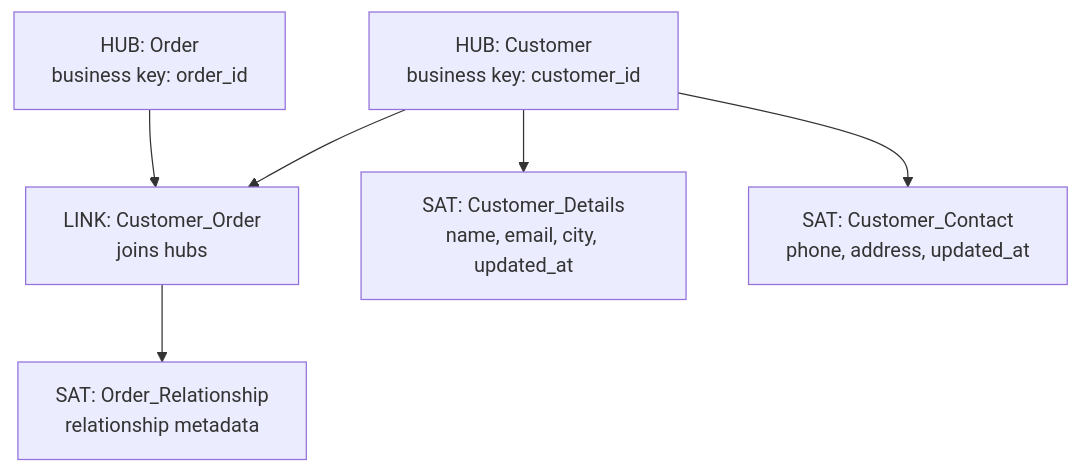
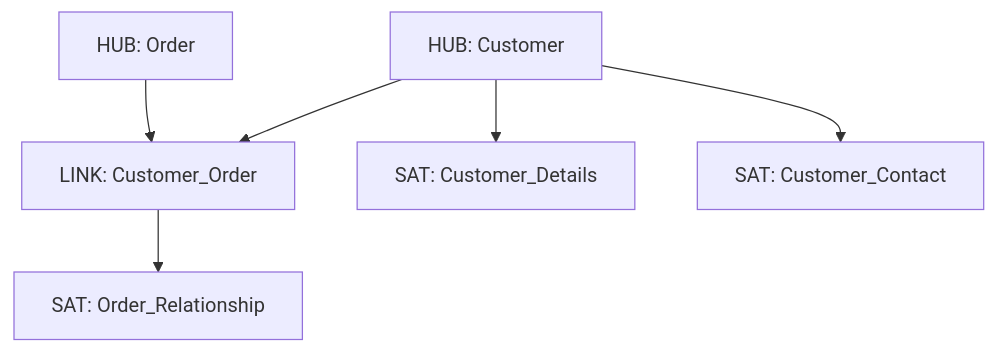
One commit to gcmishra7/data-engineering-helper changed the diagram in 01-data-modeling/04-data-vault-concepts.md. Above: the diagram before and after it, drawn with Mermaid. The commit also changed other lines of this file and 57 other files, not shown here.

First line of the commit message:
Shorten mermaid node labels to fix text truncation on GitHub

````diff
--- a/01-data-modeling/04-data-vault-concepts.md
+++ b/01-data-modeling/04-data-vault-concepts.md
@@ -10,8 +10,8 @@
 ```mermaid
 graph TD
-    H1[HUB: Customer<br/>business key: customer_id] --> L1[LINK: Customer_Order<br/>joins hubs]
-    H2[HUB: Order<br/>business key: order_id] --> L1
-    H1 --> S1[SAT: Customer_Details<br/>name, email, city, updated_at]
-    H1 --> S2[SAT: Customer_Contact<br/>phone, address, updated_at]
-    L1 --> S3[SAT: Order_Relationship<br/>relationship metadata]
+    H1[HUB: Customer] --> L1[LINK: Customer_Order]
+    H2[HUB: Order] --> L1
+    H1 --> S1[SAT: Customer_Details]
+    H1 --> S2[SAT: Customer_Contact]
+    L1 --> S3[SAT: Order_Relationship]
 ```
````
